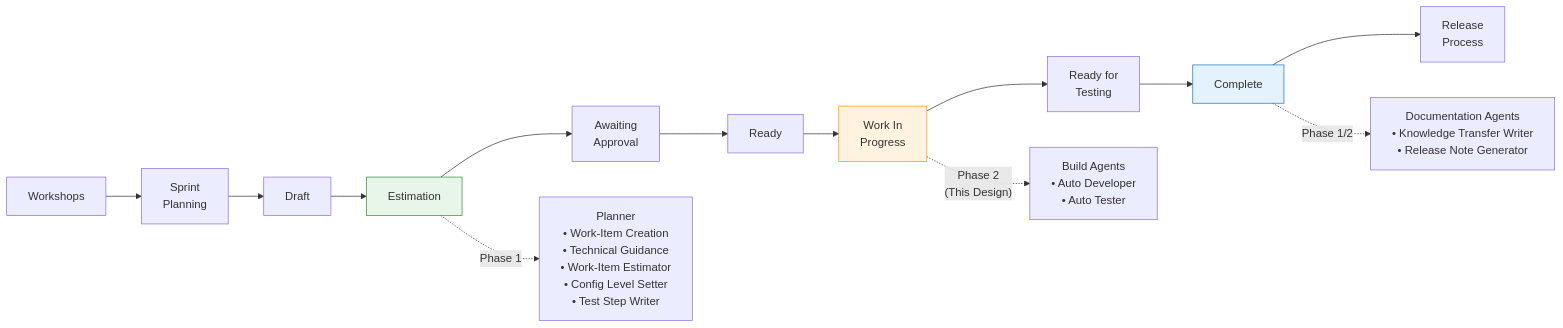
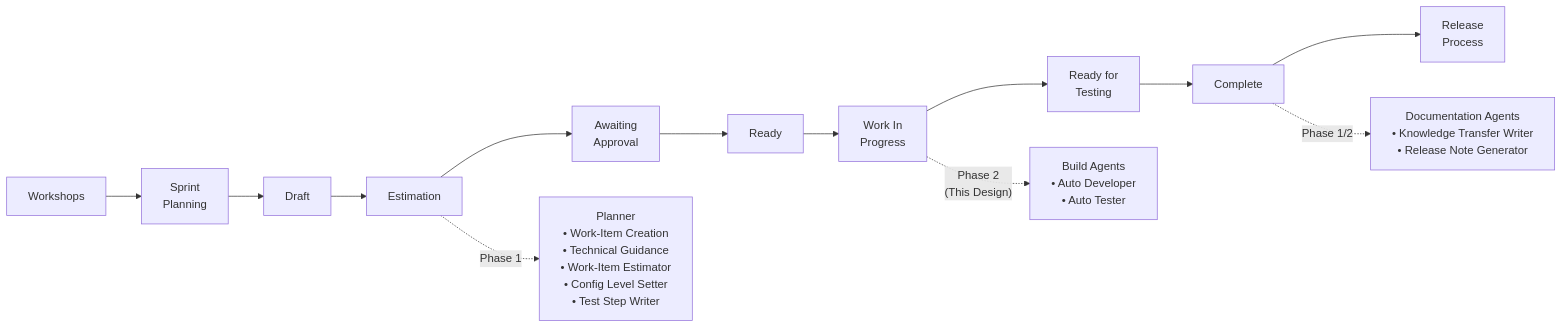
Before and after one commit to omars-lab/omars-lab.github.io: the fifth of 14 diagrams in bytesofpurpose-blog/designs/2026-02-27-autonomous-build-agents.mdx, drawn with Mermaid. The commit also changed other lines of this file and 6 other files, not shown here.

First line of the commit message:
feat(designs): on-brand mermaid theme + dark-mode-adaptive diagrams

````diff
--- a/bytesofpurpose-blog/designs/2026-02-27-autonomous-build-agents.mdx
+++ b/bytesofpurpose-blog/designs/2026-02-27-autonomous-build-agents.mdx
@@ -463,14 +443,11 @@
 ```mermaid
 flowchart LR
     WS["Workshops"] --> SP["Sprint<br/>Planning"] --> DR["Draft"] --> EST["Estimation"] --> AA["Awaiting<br/>Approval"] --> RDY["Ready"] --> WIP["Work In<br/>Progress"] --> RFT["Ready for<br/>Testing"] --> COMP["Complete"] --> REL["Release<br/>Process"]
 
     EST -.->|"Phase 1"| P1["Planner<br/>• Work-Item Creation<br/>• Technical Guidance<br/>• Work-Item Estimator<br/>• Config Level Setter<br/>• Test Step Writer"]
 
     WIP -.->|"Phase 2<br/>(This Design)"| P2["Build Agents<br/>• Auto Developer<br/>• Auto Tester"]
 
     COMP -.->|"Phase 1/2"| P3["Documentation Agents<br/>• Knowledge Transfer Writer<br/>• Release Note Generator"]
 
-    style EST fill:#e8f5e9,stroke:#388e3c
-    style WIP fill:#fff3e0,stroke:#ff9800
-    style COMP fill:#e3f2fd,stroke:#1976d2
 ```
````
